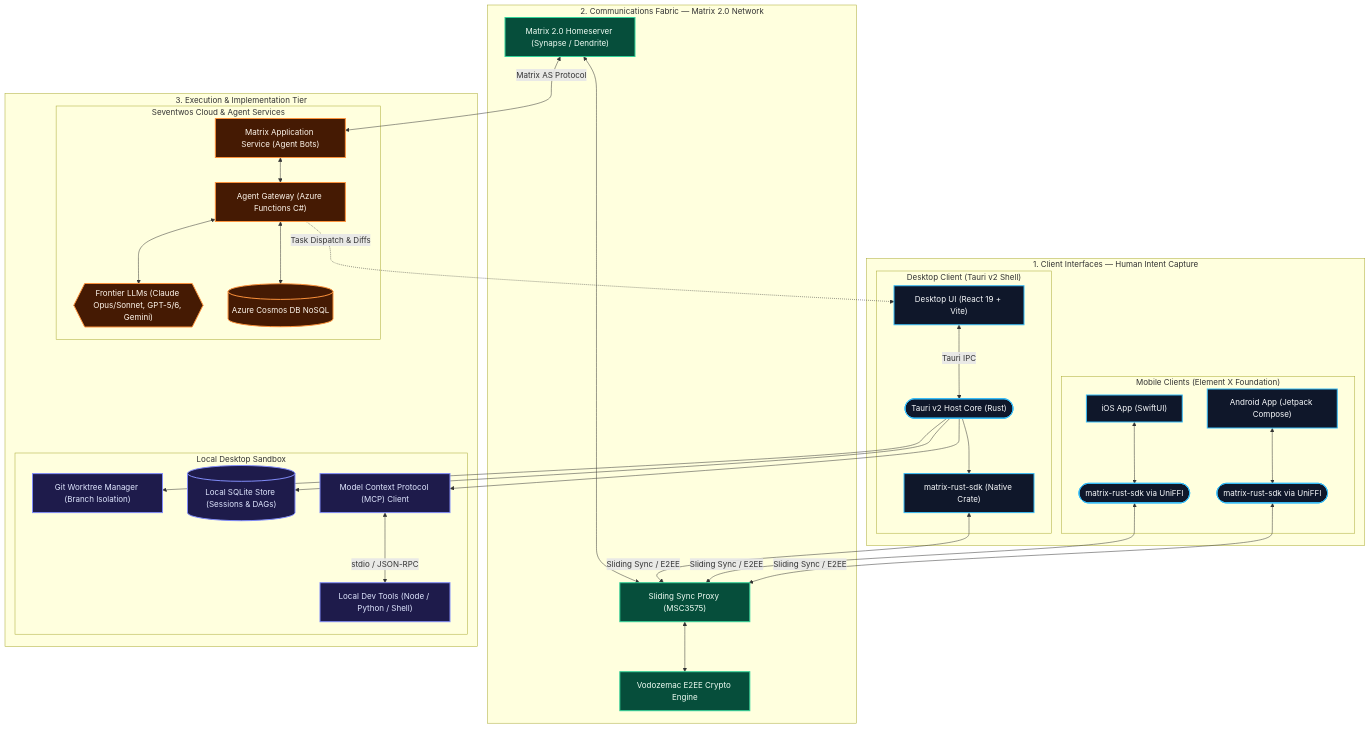
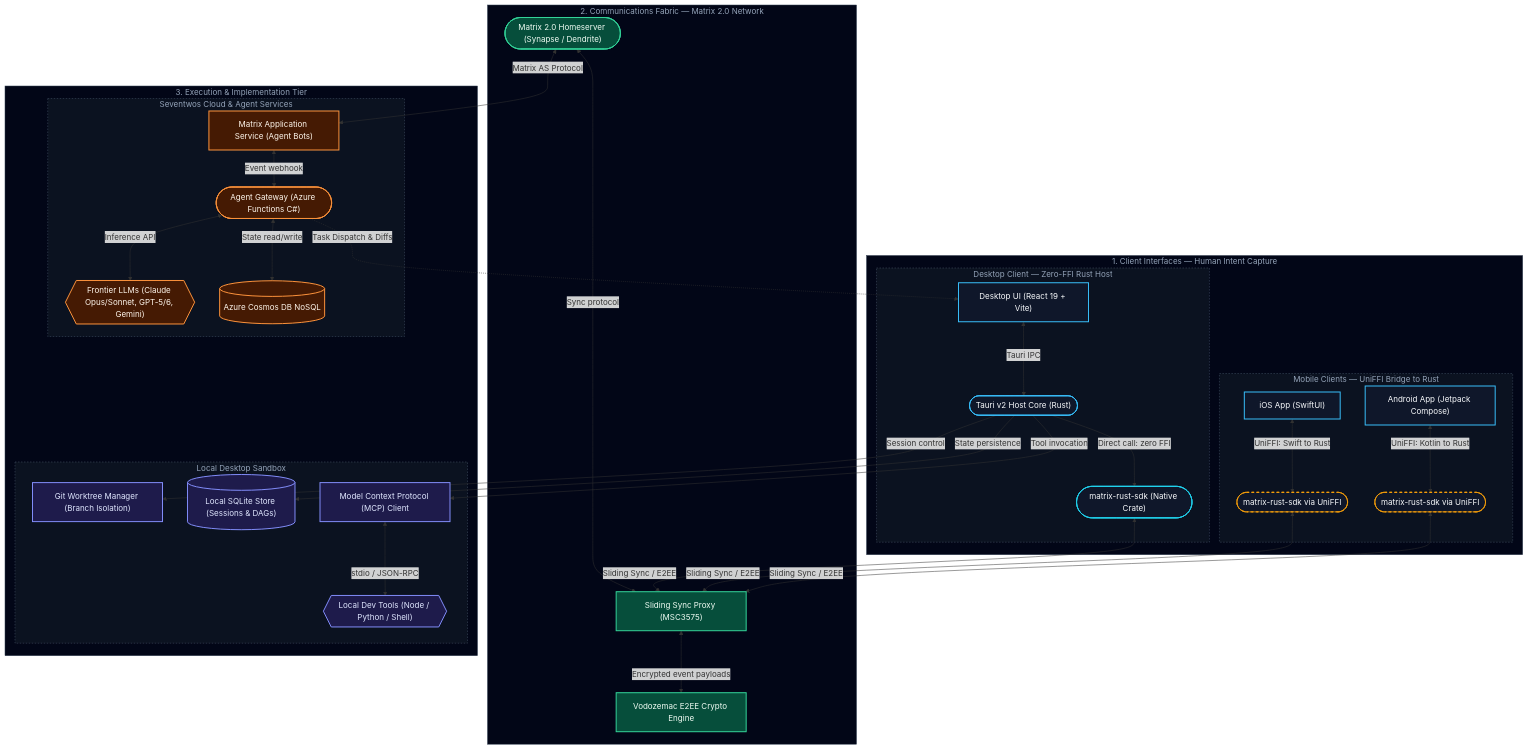
Before and after one commit to seventwos-app/how-we-work: the first of 2 diagrams in stack.md, drawn with Mermaid. The commit also changed other lines of this file and 2 other files, not shown here.

Commit message:
docs: elevate stack.md diagrams with FFI asymmetry and phased sequence

````diff
--- a/stack.md
+++ b/stack.md
@@ -43,39 +43,45 @@
 ```mermaid
 graph TD
-    %% Styling Classes for Zoned Architecture
+    %% Zone container styling (outer tiers vs nested sub-containers)
+    classDef zoneContainer fill:#020617,stroke:#334155,stroke-width:1px,color:#94a3b8;
+    classDef subContainer fill:#0b1220,stroke:#475569,stroke-width:1px,stroke-dasharray: 3 3,color:#94a3b8;
+
+    %% Leaf node styling
     classDef clientZone fill:#0f172a,stroke:#38bdf8,stroke-width:2px,color:#f8fafc;
+    classDef nativeCore fill:#0f172a,stroke:#22d3ee,stroke-width:2px,color:#f8fafc;
+    classDef ffiCore fill:#0f172a,stroke:#f59e0b,stroke-width:2px,stroke-dasharray: 5 5,color:#f8fafc;
     classDef matrixZone fill:#064e3b,stroke:#34d399,stroke-width:2px,color:#f0fdf4;
     classDef execZone fill:#1e1b4b,stroke:#818cf8,stroke-width:2px,color:#e0e7ff;
     classDef cloudZone fill:#451a03,stroke:#fb923c,stroke-width:2px,color:#fff7ed;
 
     %% Tier 1: Client Interfaces (Intent Capture)
     subgraph Clients ["1. Client Interfaces — Human Intent Capture"]
-        subgraph DesktopClient ["Desktop Client (Tauri v2 Shell)"]
+        subgraph DesktopClient ["Desktop Client — Zero-FFI Rust Host"]
             D_UI["Desktop UI (React 19 + Vite)"]
             D_Tauri(["Tauri v2 Host Core (Rust)"])
-            D_Matrix["matrix-rust-sdk (Native Crate)"]
+            D_Matrix(["matrix-rust-sdk (Native Crate)"])
             D_UI <-->|Tauri IPC| D_Tauri
-            D_Tauri --> D_Matrix
+            D_Tauri -->|Direct call: zero FFI| D_Matrix
         end
 
-        subgraph MobileClients ["Mobile Clients (Element X Foundation)"]
+        subgraph MobileClients ["Mobile Clients — UniFFI Bridge to Rust"]
             iOS_UI["iOS App (SwiftUI)"]
             iOS_Rust(["matrix-rust-sdk via UniFFI"])
-            iOS_UI <--> iOS_Rust
+            iOS_UI <-->|UniFFI: Swift to Rust| iOS_Rust
 
             And_UI["Android App (Jetpack Compose)"]
             And_Rust(["matrix-rust-sdk via UniFFI"])
-            And_UI <--> And_Rust
+            And_UI <-->|UniFFI: Kotlin to Rust| And_Rust
         end
     end
 
     %% Tier 2: Communications Fabric (Real-Time Decentralized Coordination)
     subgraph Fabric ["2. Communications Fabric — Matrix 2.0 Network"]
-        Homeserver["Matrix 2.0 Homeserver (Synapse / Dendrite)"]
+        Homeserver(["Matrix 2.0 Homeserver (Synapse / Dendrite)"])
         SlidingSync["Sliding Sync Proxy (MSC3575)"]
         Vodozemac["Vodozemac E2EE Crypto Engine"]
-        Homeserver <--> SlidingSync
-        SlidingSync <--> Vodozemac
+        Homeserver <-->|Sync protocol| SlidingSync
+        SlidingSync <-->|Encrypted event payloads| Vodozemac
     end
 
     %% Tier 3: Execution & Agent Intelligence
@@ -84,23 +90,23 @@
             D_Git["Git Worktree Manager (Branch Isolation)"]
             D_SQLite[("Local SQLite Store (Sessions & DAGs)")]
             D_MCP["Model Context Protocol (MCP) Client"]
-            LocalTools["Local Dev Tools (Node / Python / Shell)"]
-            
-            D_Tauri --> D_Git
-            D_Tauri --> D_SQLite
-            D_Tauri --> D_MCP
+            LocalTools{{"Local Dev Tools (Node / Python / Shell)"}}
+
+            D_Tauri -->|Session control| D_Git
+            D_Tauri -->|State persistence| D_SQLite
+            D_Tauri -->|Tool invocation| D_MCP
             D_MCP <-->|stdio / JSON-RPC| LocalTools
         end
 
         subgraph CloudBackend ["Seventwos Cloud & Agent Services"]
             MatrixAS["Matrix Application Service (Agent Bots)"]
-            AgentGateway["Agent Gateway (Azure Functions C#)"]
+            AgentGateway(["Agent Gateway (Azure Functions C#)"])
             FrontierLLMs{{"Frontier LLMs (Claude Opus/Sonnet, GPT-5/6, Gemini)"}}
             CosmosDB[("Azure Cosmos DB NoSQL")]
 
-            MatrixAS <--> AgentGateway
-            AgentGateway <--> FrontierLLMs
-            AgentGateway <--> CosmosDB
+            MatrixAS <-->|Event webhook| AgentGateway
+            AgentGateway <-->|Inference API| FrontierLLMs
+            AgentGateway <-->|State read/write| CosmosDB
         end
     end
 
@@ -113,8 +119,11 @@
     AgentGateway -.->|Task Dispatch & Diffs| D_UI
 
     %% Apply Class Styles
-    class D_UI,iOS_UI,And_UI clientZone;
-    class D_Tauri,iOS_Rust,And_Rust,D_Matrix clientZone;
+    class Clients,Fabric,Execution zoneContainer;
+    class DesktopClient,MobileClients,LocalExecution,CloudBackend subContainer;
+    class D_UI,D_Tauri,iOS_UI,And_UI clientZone;
+    class D_Matrix nativeCore;
+    class iOS_Rust,And_Rust ffiCore;
     class Homeserver,SlidingSync,Vodozemac matrixZone;
     class D_Git,D_SQLite,D_MCP,LocalTools execZone;
     class MatrixAS,AgentGateway,FrontierLLMs,CosmosDB cloudZone;
````
